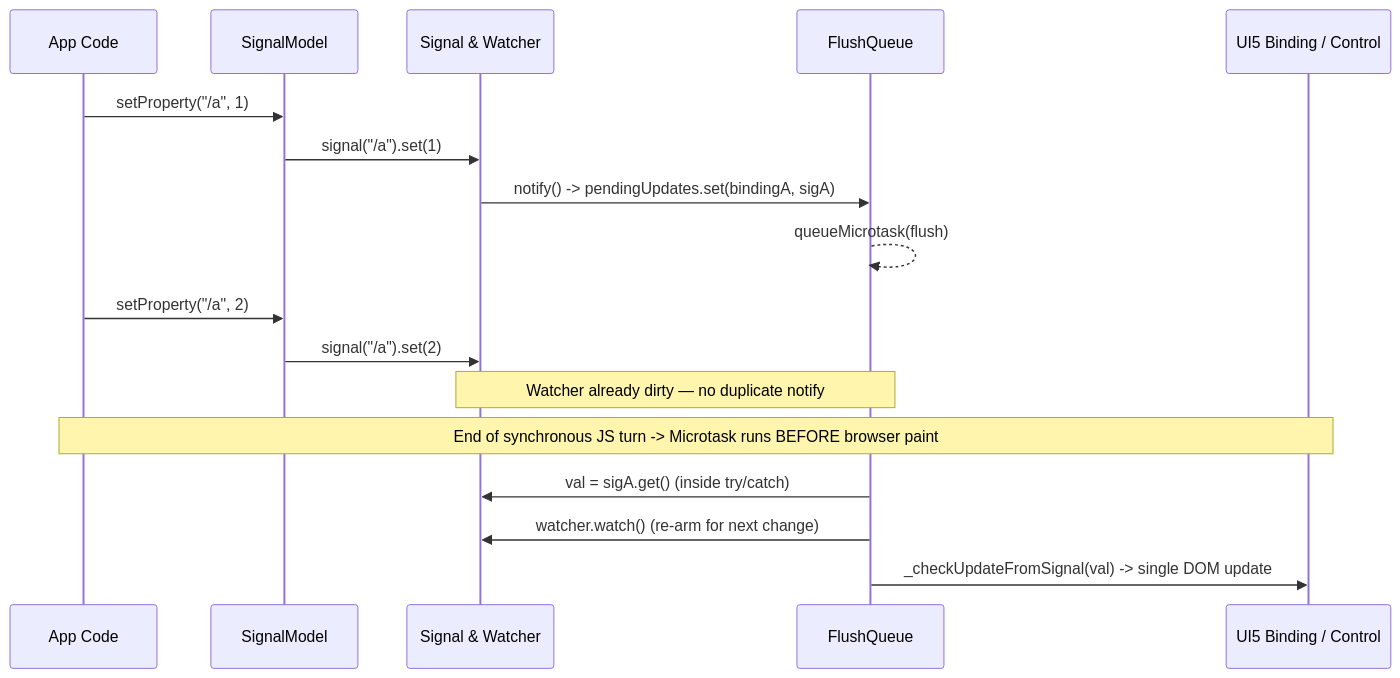
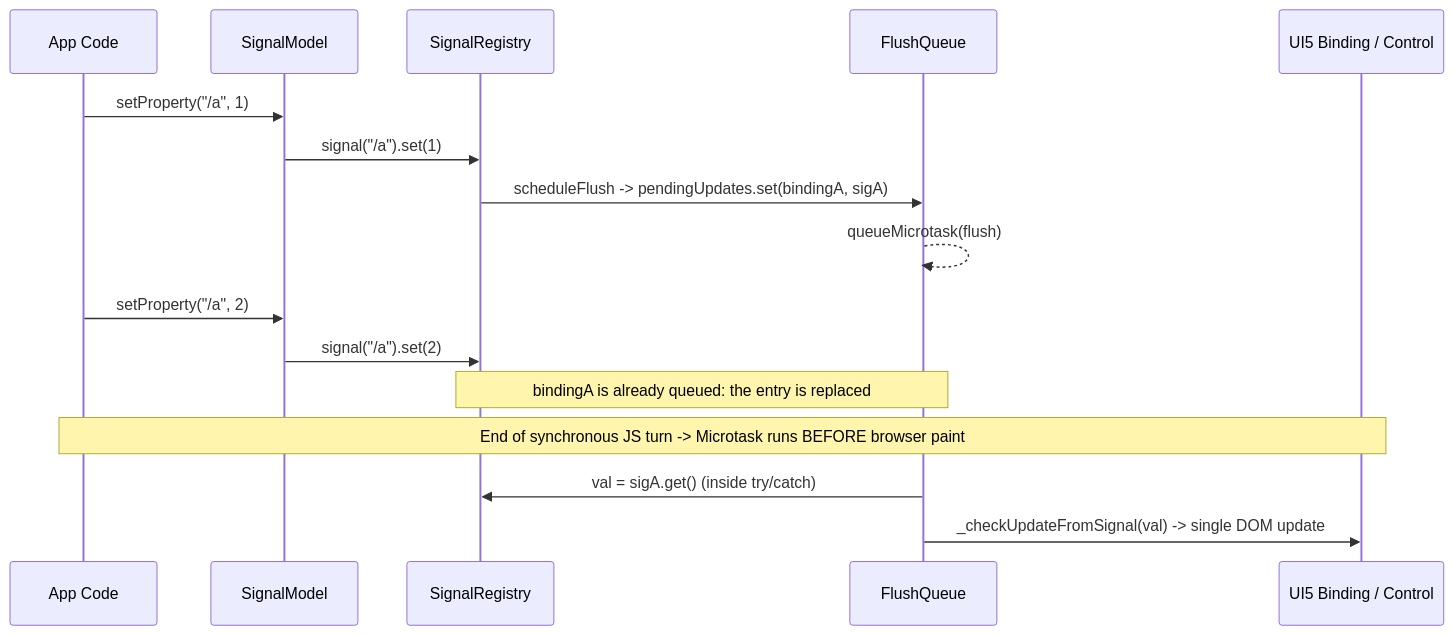
Before and after one commit to wridgeu/ui5-lib-signal-model: the second of 5 diagrams in docs/architecture.md, drawn with Mermaid. The commit also changed other lines of this file and 22 other files, not shown here.

````diff
--- a/docs/architecture.md
+++ b/docs/architecture.md
@@ -26,20 +26,19 @@
 ```mermaid
 sequenceDiagram
   participant App as App Code
   participant Model as SignalModel
-  participant Sig as Signal & Watcher
+  participant Sig as SignalRegistry
   participant Queue as FlushQueue
   participant UI as UI5 Binding / Control
 
   App->>Model: setProperty("/a", 1)
   Model->>Sig: signal("/a").set(1)
-  Sig->>Queue: notify() -> pendingUpdates.set(bindingA, sigA)
+  Sig->>Queue: scheduleFlush -> pendingUpdates.set(bindingA, sigA)
   Queue-->>Queue: queueMicrotask(flush)
   App->>Model: setProperty("/a", 2)
   Model->>Sig: signal("/a").set(2)
-  Note over Sig,Queue: Watcher already dirty — no duplicate notify
+  Note over Sig,Queue: bindingA is already queued: the entry is replaced
   Note over App,UI: End of synchronous JS turn -> Microtask runs BEFORE browser paint
   Queue->>Sig: val = sigA.get() (inside try/catch)
-  Queue->>Sig: watcher.watch() (re-arm for next change)
   Queue->>UI: _checkUpdateFromSignal(val) -> single DOM update
 ```
````
